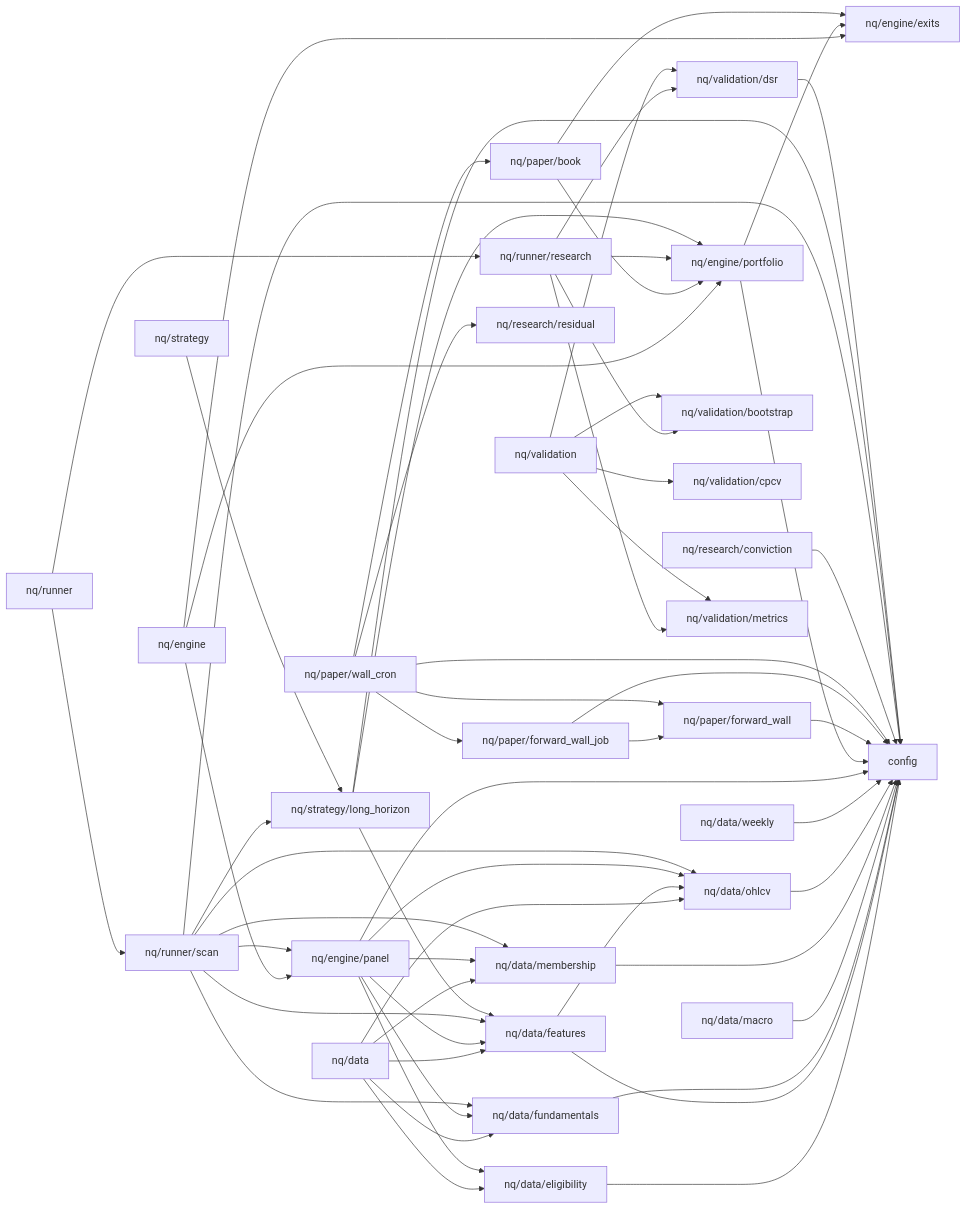
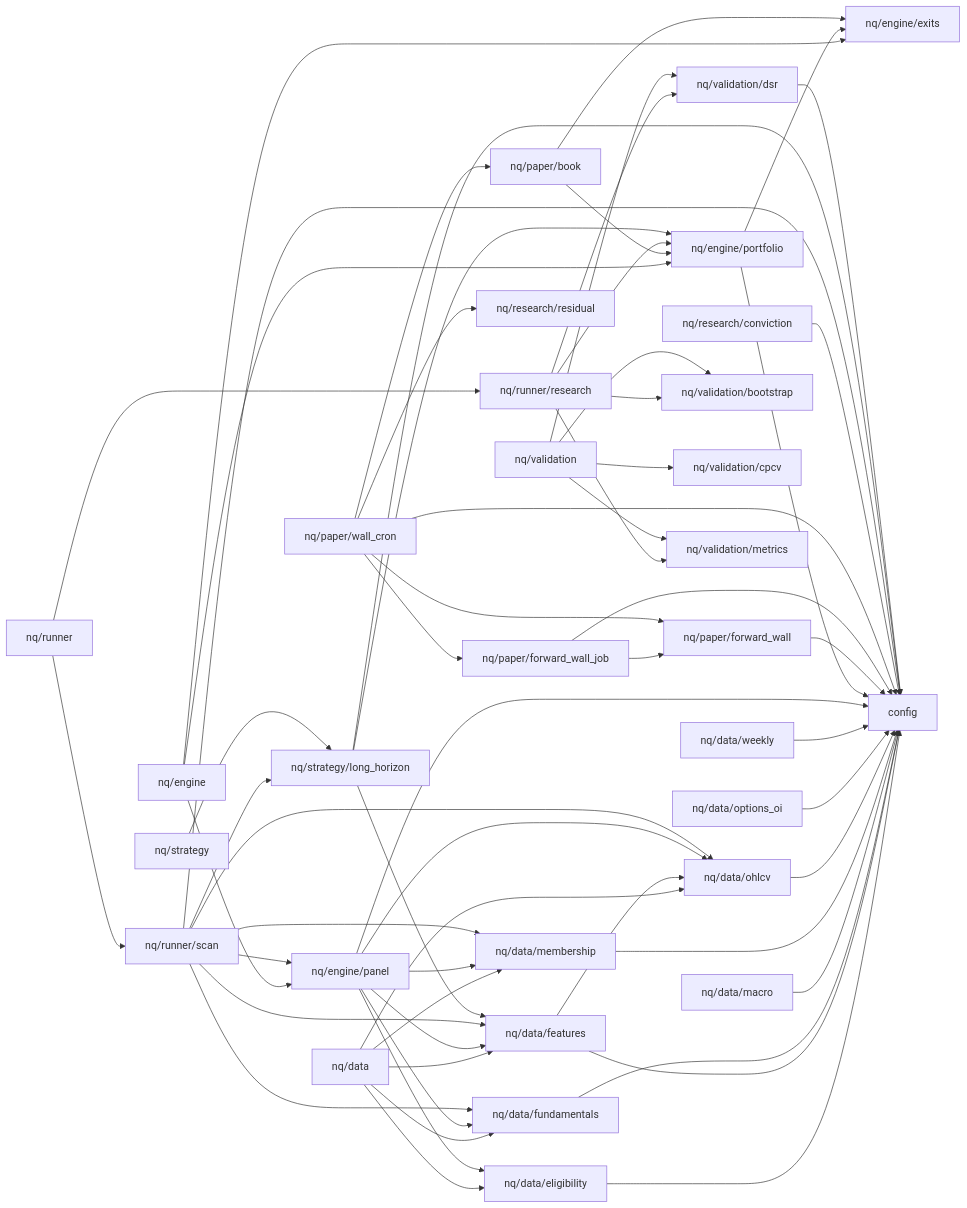
Before and after one commit to kreeshpatel/nifty-satvik: the diagram in docs/DEPENDENCY_MAP.md, drawn with Mermaid. The commit also changed 16 other files, not shown here.

```diff
--- a/docs/DEPENDENCY_MAP.md
+++ b/docs/DEPENDENCY_MAP.md
@@ -16,6 +16,7 @@
     nq_data_macro["nq/data/macro"]
     nq_data_membership["nq/data/membership"]
     nq_data_ohlcv["nq/data/ohlcv"]
+    nq_data_options_oi["nq/data/options_oi"]
     nq_data_weekly["nq/data/weekly"]
     nq_engine["nq/engine"]
     nq_engine_exits["nq/engine/exits"]
@@ -49,6 +50,7 @@
     nq_data_macro --> config
     nq_data_membership --> config
     nq_data_ohlcv --> config
+    nq_data_options_oi --> config
     nq_data_weekly --> config
     nq_engine --> nq_engine_exits
     nq_engine --> nq_engine_panel
```
